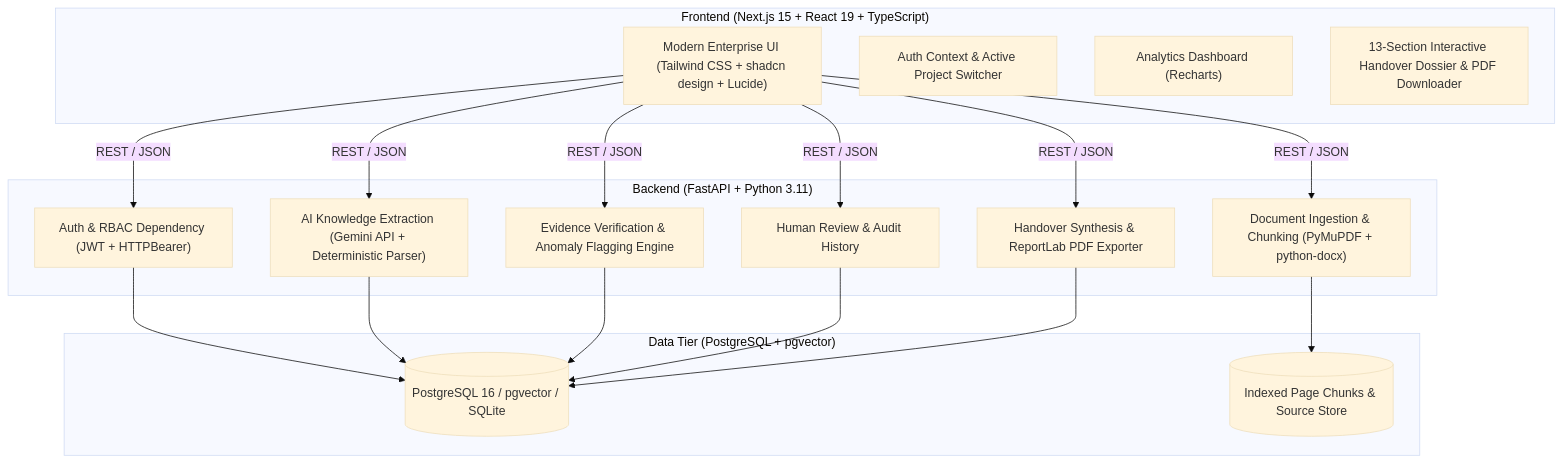
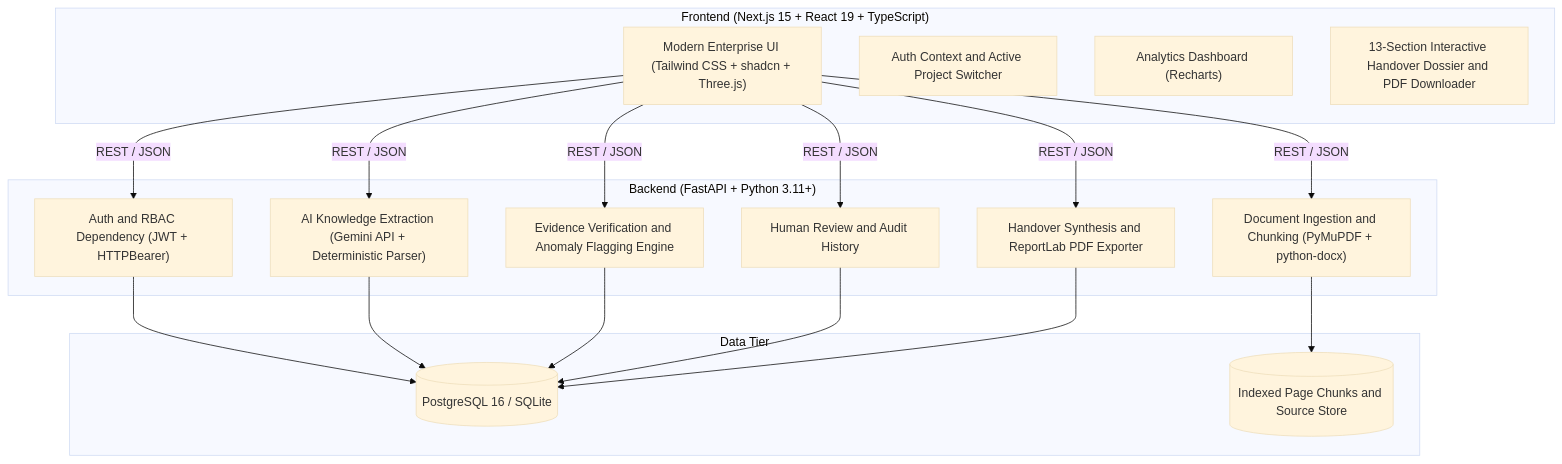
One commit to Veeresh23-06/Knowledge-Continuity changed the diagram in README.md. Above: the diagram before and after it, drawn with Mermaid (base theme). The commit also changed other lines of this file, not shown here.

````diff
--- a/README.md
+++ b/README.md
@@ -16,37 +22,37 @@
 ```mermaid
 flowchart TD
     subgraph Frontend["Frontend (Next.js 15 + React 19 + TypeScript)"]
-        UI["Modern Enterprise UI (Tailwind CSS + shadcn design + Lucide)"]
-        State["Auth Context & Active Project Switcher"]
+        UI["Modern Enterprise UI (Tailwind CSS + shadcn + Three.js)"]
+        State["Auth Context and Active Project Switcher"]
         Charts["Analytics Dashboard (Recharts)"]
-        Reader["13-Section Interactive Handover Dossier & PDF Downloader"]
+        Reader["13-Section Interactive Handover Dossier and PDF Downloader"]
     end
 
-    subgraph Backend["Backend (FastAPI + Python 3.11)"]
-        RouterAuth["Auth & RBAC Dependency (JWT + HTTPBearer)"]
-        RouterIngest["Document Ingestion & Chunking (PyMuPDF + python-docx)"]
+    subgraph Backend["Backend (FastAPI + Python 3.11+)"]
+        RouterAuth["Auth and RBAC Dependency (JWT + HTTPBearer)"]
+        RouterIngest["Document Ingestion and Chunking (PyMuPDF + python-docx)"]
         RouterExtract["AI Knowledge Extraction (Gemini API + Deterministic Parser)"]
-        RouterVerify["Evidence Verification & Anomaly Flagging Engine"]
-        RouterReview["Human Review & Audit History"]
-        RouterHandover["Handover Synthesis & ReportLab PDF Exporter"]
+        RouterVerify["Evidence Verification and Anomaly Flagging Engine"]
+        RouterReview["Human Review and Audit History"]
+        RouterHandover["Handover Synthesis and ReportLab PDF Exporter"]
     end
 
-    subgraph Storage["Data Tier (PostgreSQL + pgvector)"]
-        DB[(PostgreSQL 16 / pgvector / SQLite)]
-        Disk[(Indexed Page Chunks & Source Store)]
+    subgraph Storage["Data Tier"]
+        DB[("PostgreSQL 16 / SQLite")]
+        Disk[("Indexed Page Chunks and Source Store")]
     end
 
     UI -->|REST / JSON| RouterAuth
     UI -->|REST / JSON| RouterIngest
     UI -->|REST / JSON| RouterExtract
     UI -->|REST / JSON| RouterVerify
     UI -->|REST / JSON| RouterReview
     UI -->|REST / JSON| RouterHandover
 
     RouterIngest --> Disk
     RouterAuth --> DB
     RouterExtract --> DB
     RouterVerify --> DB
     RouterReview --> DB
     RouterHandover --> DB
 ```
````
